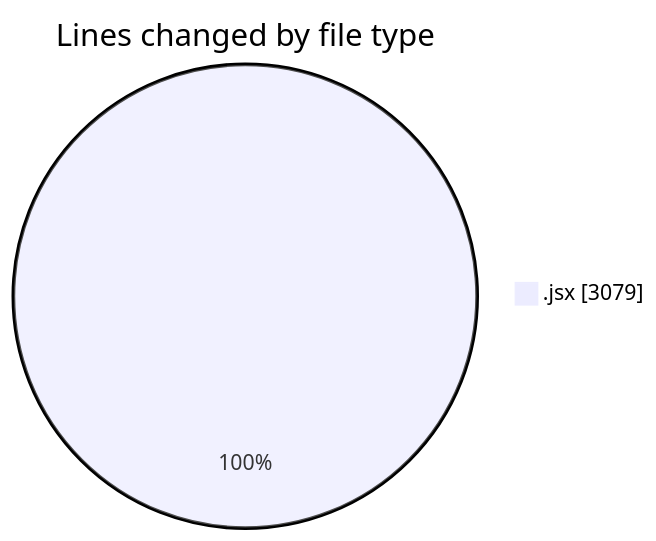
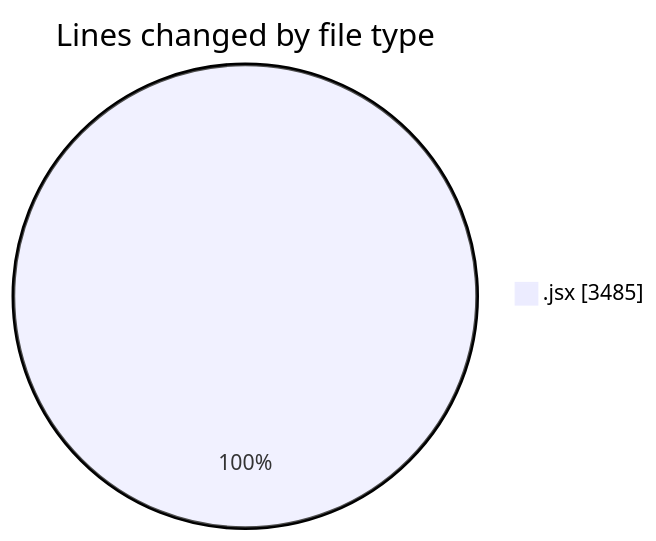
One commit to nxtqubesakshisongat/code-tracking changed the first of 2 diagrams in 2025-10-07/nxtqube_webapp/README.md. Above: the diagram before and after it, drawn with Mermaid. The commit also changed other lines of this file and 1 other file, not shown here.

````diff
--- a/2025-10-07/nxtqube_webapp/README.md
+++ b/2025-10-07/nxtqube_webapp/README.md
@@ -21,5 +22,5 @@
 ```mermaid
 pie showData
 title Lines changed by file type
-".jsx" : 3079
+".jsx" : 3485
 ```
````
